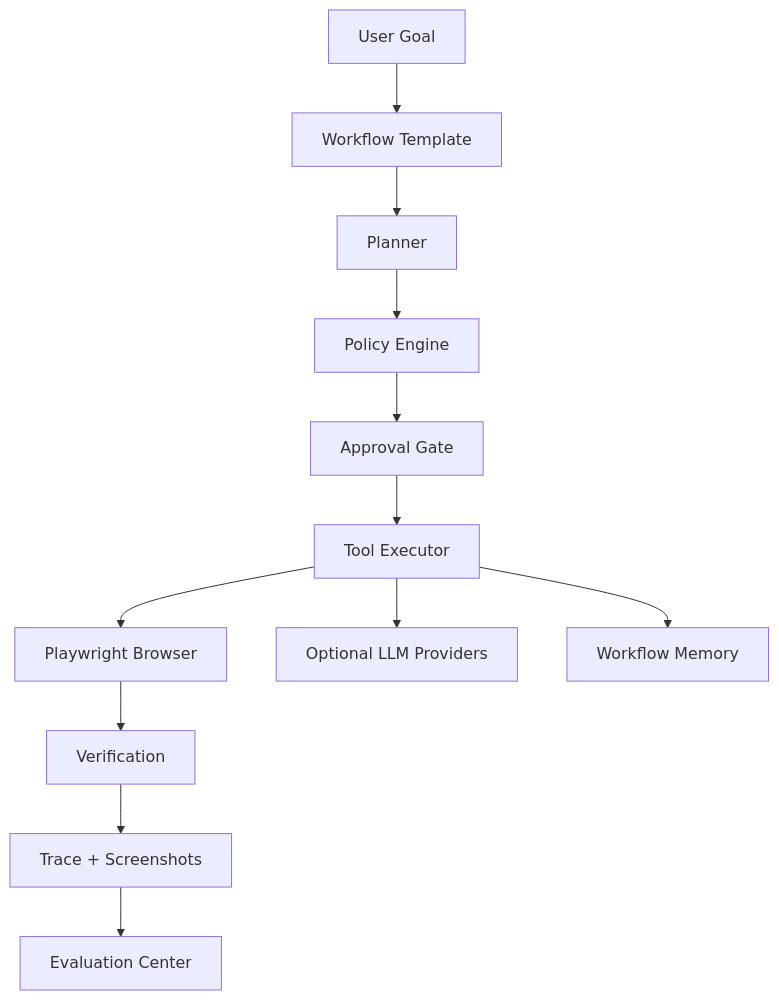
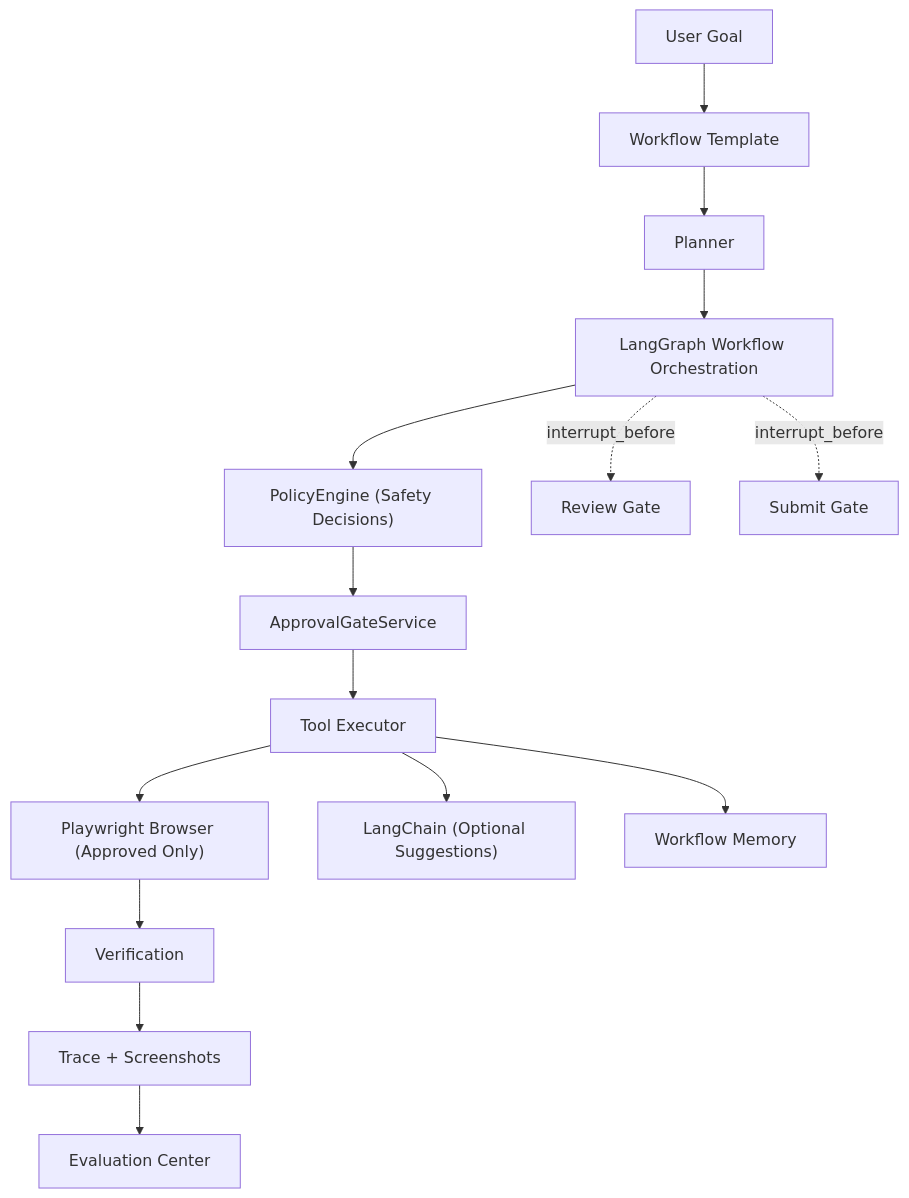
Before and after one commit to Wuaomo/AI-Web-Form-Agent: the diagram in docs/architecture.md, drawn with Mermaid. The commit also changed other lines of this file and 5 other files, not shown here.

````diff
--- a/docs/architecture.md
+++ b/docs/architecture.md
@@ -11,14 +11,17 @@
 ```mermaid
 flowchart TD
   Goal["User Goal"] --> Template["Workflow Template"]
   Template --> Planner["Planner"]
-  Planner --> Policy["Policy Engine"]
-  Policy --> Approval["Approval Gate"]
+  Planner --> LangGraph["LangGraph Workflow Orchestration"]
+  LangGraph --> Policy["PolicyEngine (Safety Decisions)"]
+  Policy --> Approval["ApprovalGateService"]
   Approval --> Executor["Tool Executor"]
-  Executor --> Browser["Playwright Browser"]
-  Executor --> LLM["Optional LLM Providers"]
+  Executor --> Browser["Playwright Browser (Approved Only)"]
+  Executor --> LangChain["LangChain (Optional Suggestions)"]
   Executor --> Memory["Workflow Memory"]
   Browser --> Verify["Verification"]
   Verify --> Trace["Trace + Screenshots"]
   Trace --> Eval["Evaluation Center"]
+  LangGraph -.->|"interrupt_before"| ReviewGate["Review Gate"]
+  LangGraph -.->|"interrupt_before"| SubmitGate["Submit Gate"]
 ```
````
